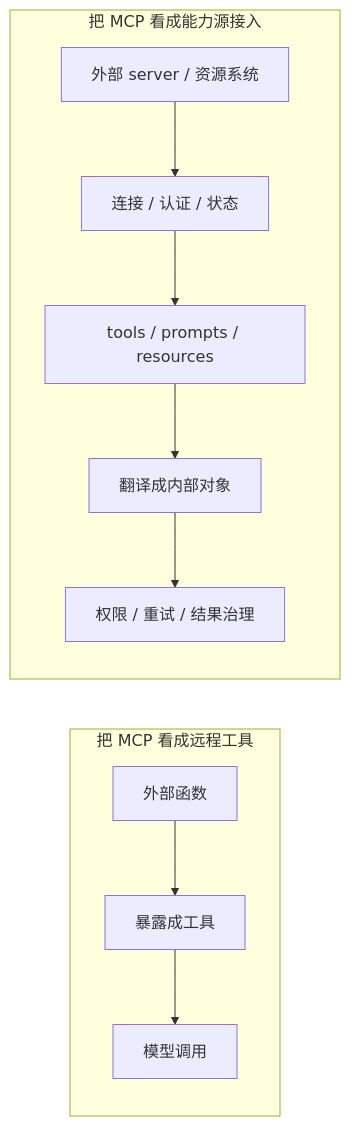
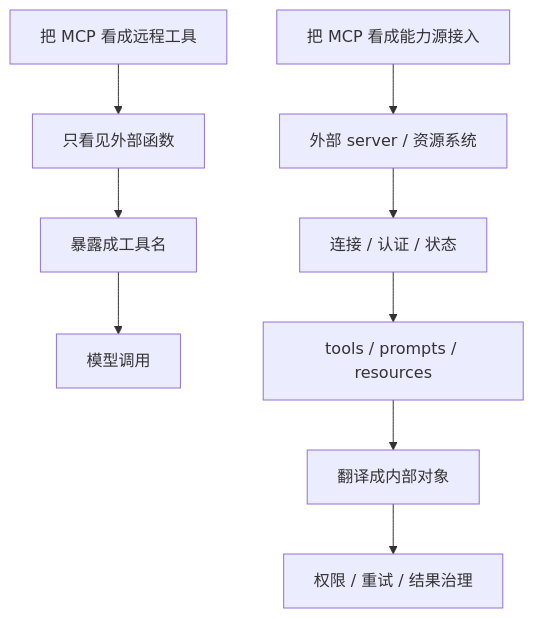
Before and after one commit to T0UGH/claude-code-source-guide: the diagram in docs/guidebookv2/volume-5/09-why-mcp-is-not-just-more-remote-tools.md, drawn with Mermaid. The commit also changed 11 other files, not shown here.

````diff
--- a/docs/guidebookv2/volume-5/09-why-mcp-is-not-just-more-remote-tools.md
+++ b/docs/guidebookv2/volume-5/09-why-mcp-is-not-just-more-remote-tools.md
@@ -99,14 +99,12 @@
 ```mermaid
-flowchart LR
-    subgraph A[把 MCP 看成远程工具]
-        A1[外部函数] --> A2[暴露成工具]
-        A2 --> A3[模型调用]
-    end
+flowchart TD
+    A0[把 MCP 看成远程工具] --> A1[只看见外部函数]
+    A1 --> A2[暴露成工具名]
+    A2 --> A3[模型调用]
 
-    subgraph B[把 MCP 看成能力源接入]
-        B1[外部 server / 资源系统] --> B2[连接 / 认证 / 状态]
-        B2 --> B3[tools / prompts / resources]
-        B3 --> B4[翻译成内部对象]
-        B4 --> B5[权限 / 重试 / 结果治理]
-    end
+    B0[把 MCP 看成能力源接入] --> B1[外部 server / 资源系统]
+    B1 --> B2[连接 / 认证 / 状态]
+    B2 --> B3[tools / prompts / resources]
+    B3 --> B4[翻译成内部对象]
+    B4 --> B5[权限 / 重试 / 结果治理]
 ```
````
